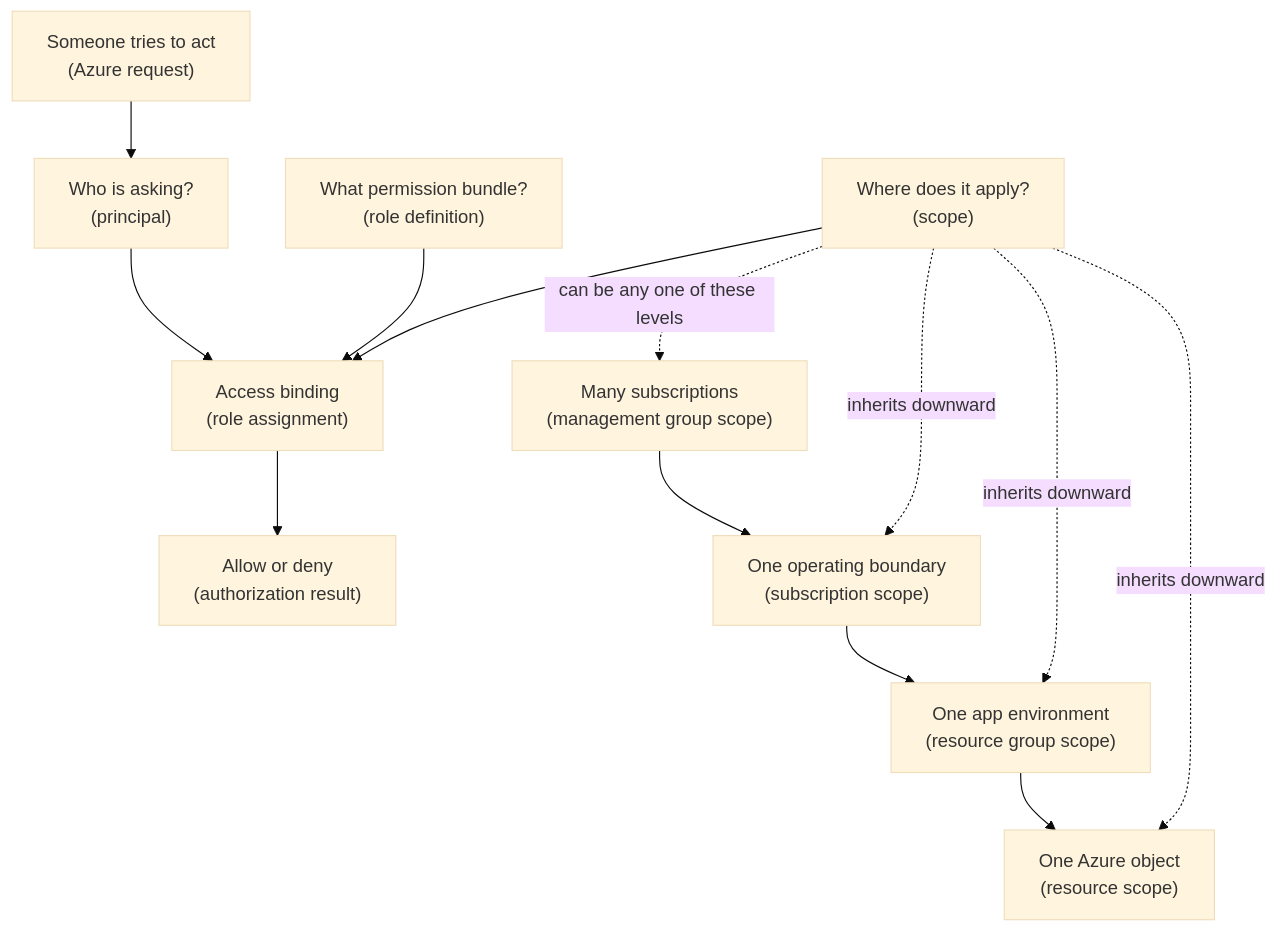
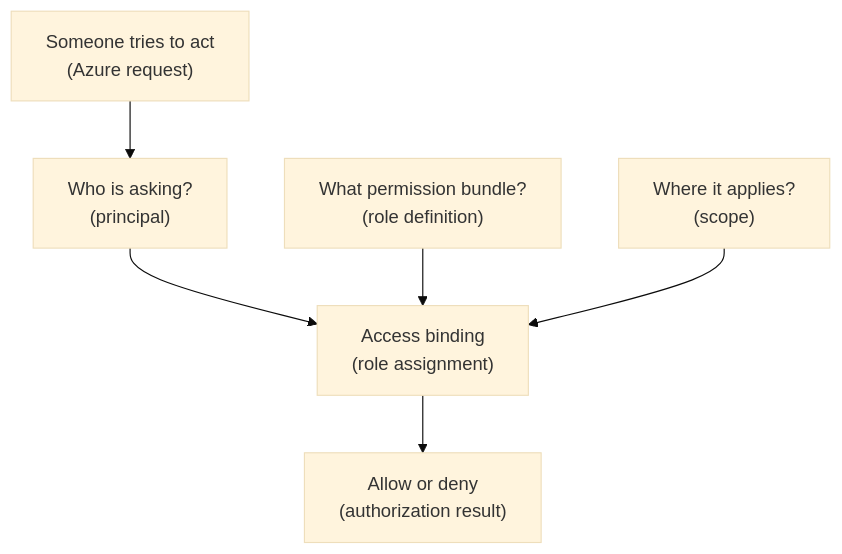
The first of 2 diagrams in cloud-providers/azure/identity-security/azure-rbac-roles-and-scopes.md (senlinyy/dev-roadmaps), drawn with Mermaid (base theme) before and after one commit. The commit also changed other lines of this file and 89 other files, not shown here.

````diff
--- a/cloud-providers/azure/identity-security/azure-rbac-roles-and-scopes.md
+++ b/cloud-providers/azure/identity-security/azure-rbac-roles-and-scopes.md
@@ -115,26 +115,15 @@
 ```mermaid
 flowchart TD
     REQUEST["Someone tries to act<br/>(Azure request)"]
     WHO["Who is asking?<br/>(principal)"]
-    WHAT["What permission bundle?<br/>(role definition)"]
-    WHERE["Where does it apply?<br/>(scope)"]
+    ROLE["What permission bundle?<br/>(role definition)"]
+    SCOPE["Where it applies?<br/>(scope)"]
     ASSIGN["Access binding<br/>(role assignment)"]
-    MG["Many subscriptions<br/>(management group scope)"]
-    SUB["One operating boundary<br/>(subscription scope)"]
-    RG["One app environment<br/>(resource group scope)"]
-    RES["One Azure object<br/>(resource scope)"]
     DECISION["Allow or deny<br/>(authorization result)"]
 
     REQUEST --> WHO
     WHO --> ASSIGN
-    WHAT --> ASSIGN
-    WHERE --> ASSIGN
+    ROLE --> ASSIGN
+    SCOPE --> ASSIGN
     ASSIGN --> DECISION
-    MG --> SUB
-    SUB --> RG
-    RG --> RES
-    WHERE -. "can be any one of these levels" .-> MG
-    WHERE -. "inherits downward" .-> SUB
-    WHERE -. "inherits downward" .-> RG
-    WHERE -. "inherits downward" .-> RES
 ```
````
